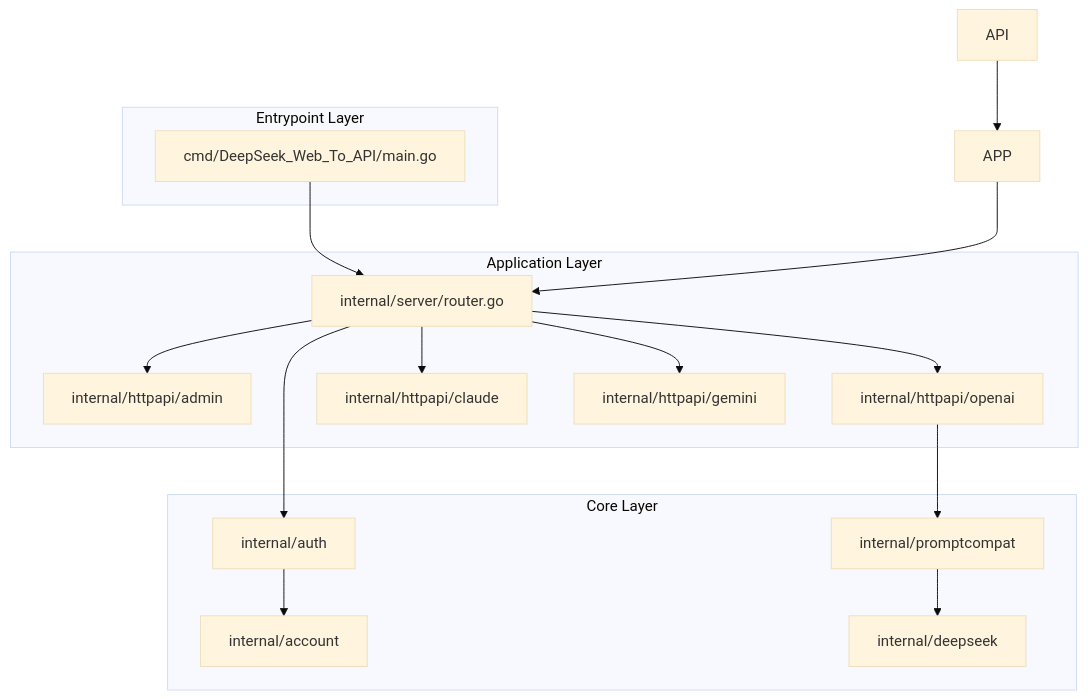
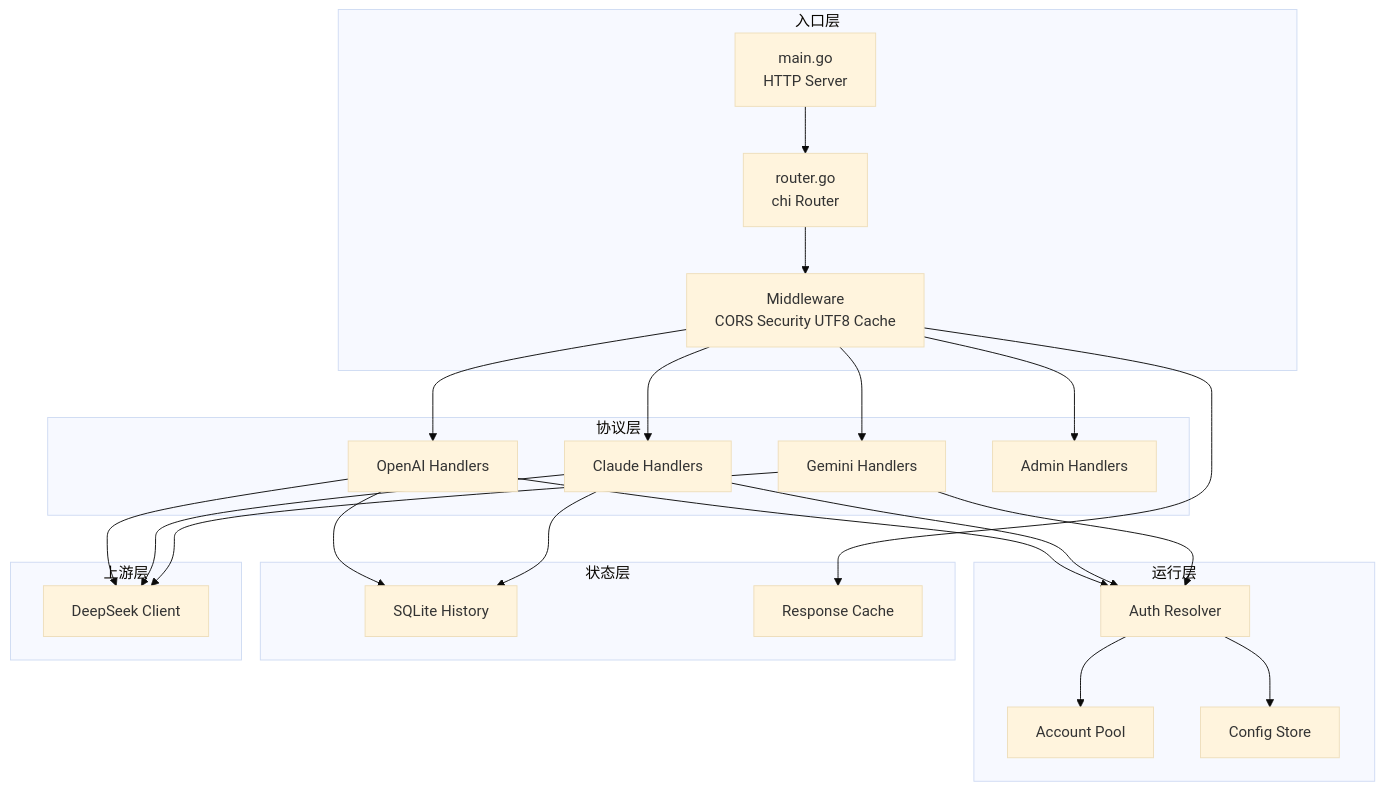
The first of 2 diagrams in docs/Architecture Design/Architecture Design.md (marklove5102/DeepSeek_Web_To_API), drawn with Mermaid (base theme) before and after one commit. The commit also changed other lines of this file and 27 other files, not shown here.

````diff
--- a/docs/Architecture Design/Architecture Design.md
+++ b/docs/Architecture Design/Architecture Design.md
@@ -37,30 +33,43 @@
 ```mermaid
 graph TB
-subgraph "Entrypoint Layer"
-CMD["cmd/DeepSeek_Web_To_API/main.go"]
+subgraph "入口层"
+MAIN["main.go<br/>HTTP Server"]
+ROUTER["router.go<br/>chi Router"]
+MIDDLEWARE["Middleware<br/>CORS Security UTF8 Cache"]
 end
-subgraph "Application Layer"
-SERVER["internal/server/router.go"]
-ADMIN["internal/httpapi/admin"]
-OPENAI["internal/httpapi/openai"]
-CLAUDE["internal/httpapi/claude"]
-GEMINI["internal/httpapi/gemini"]
+subgraph "协议层"
+OA["OpenAI Handlers"]
+CA["Claude Handlers"]
+GA["Gemini Handlers"]
+ADMIN["Admin Handlers"]
 end
-subgraph "Core Layer"
-AUTH["internal/auth"]
-ACCOUNT["internal/account"]
-COMPAT["internal/promptcompat"]
-DEEPSEEK["internal/deepseek"]
+subgraph "运行层"
+AUTH["Auth Resolver"]
+POOL["Account Pool"]
+CONFIG["Config Store"]
 end
-CMD --> SERVER
-APP --> SERVER
-API --> APP
-SERVER --> ADMIN
-SERVER --> OPENAI
-SERVER --> CLAUDE
-SERVER --> GEMINI
-SERVER --> AUTH
-AUTH --> ACCOUNT
-OPENAI --> COMPAT
-COMPAT --> DEEPSEEK
+subgraph "状态层"
+HISTORY["SQLite History"]
+CACHE["Response Cache"]
+end
+subgraph "上游层"
+DS["DeepSeek Client"]
+end
+MAIN --> ROUTER
+ROUTER --> MIDDLEWARE
+MIDDLEWARE --> OA
+MIDDLEWARE --> CA
+MIDDLEWARE --> GA
+MIDDLEWARE --> ADMIN
+OA --> AUTH
+CA --> AUTH
+GA --> AUTH
+AUTH --> POOL
+AUTH --> CONFIG
+OA --> HISTORY
+CA --> HISTORY
+OA --> DS
+CA --> DS
+GA --> DS
+MIDDLEWARE --> CACHE
 ```
````
